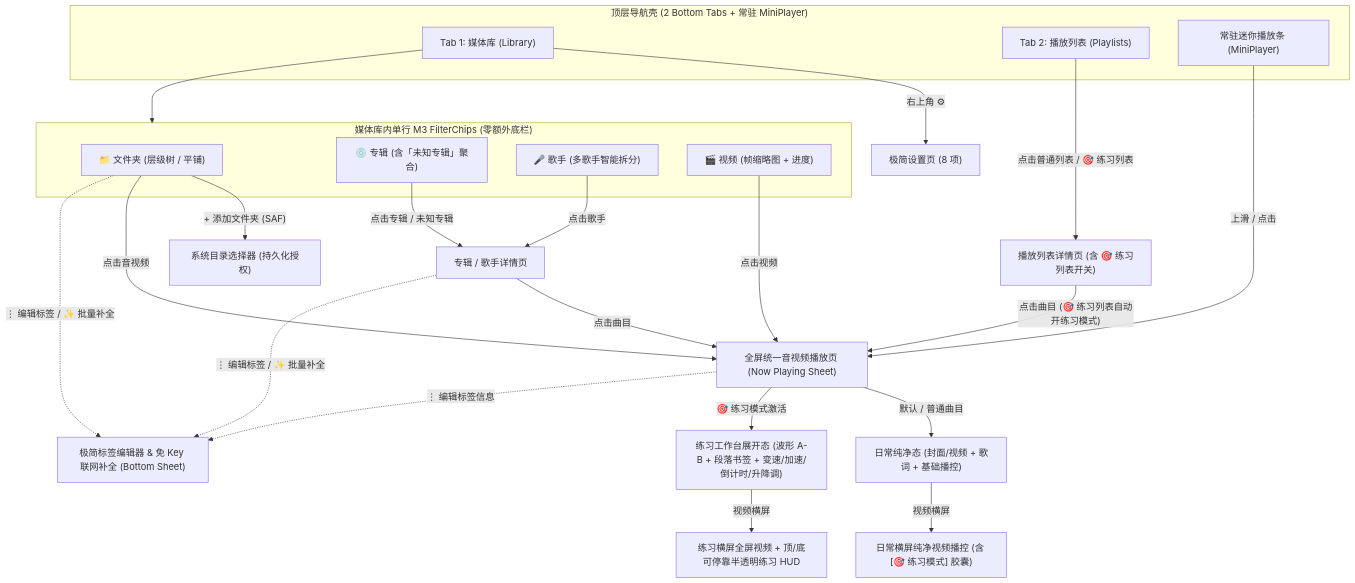
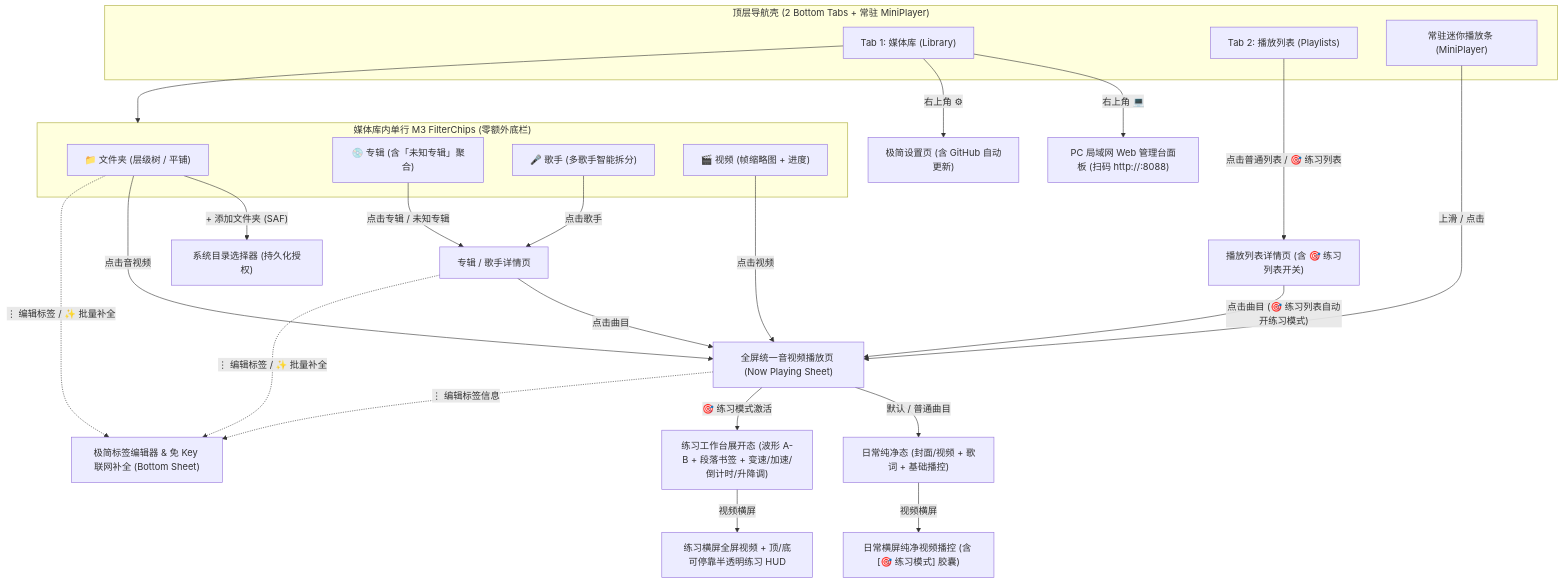
Before and after one commit to codescv/miniplayer: the first of 3 diagrams in DESIGN.md, drawn with Mermaid. The commit also changed other lines of this file and 1 other file, not shown here.

Commit message:
docs: add PC LAN Web Studio and GitHub Auto-Updater specs to DESIGN.md and ARCHITECTURE.md

````diff
--- a/DESIGN.md
+++ b/DESIGN.md
@@ -68,37 +70,38 @@
 ```mermaid
 flowchart TD
     subgraph Shell["顶层导航壳 (2 Bottom Tabs + 常驻 MiniPlayer)"]
         TabLib["Tab 1: 媒体库 (Library)"]
         TabList["Tab 2: 播放列表 (Playlists)"]
         Mini["常驻迷你播放条 (MiniPlayer)"]
     end
 
     subgraph LibViews["媒体库内单行 M3 FilterChips (零额外底栏)"]
         VFolder["📁 文件夹 (层级树 / 平铺)"]
         VAlbum["💿 专辑 (含「未知专辑」聚合)"]
         VArtist["🎤 歌手 (多歌手智能拆分)"]
         VVideo["🎬 视频 (帧缩略图 + 进度)"]
     end
 
     TabLib --> LibViews
     VFolder -- "+ 添加文件夹 (SAF)" --> SAF["系统目录选择器 (持久化授权)"]
     VAlbum -- "点击专辑 / 未知专辑" --> Detail["专辑 / 歌手详情页"]
     VArtist -- "点击歌手" --> Detail
     TabList -- "点击普通列表 / 🎯 练习列表" --> ListDetail["播放列表详情页 (含 🎯 练习列表开关)"]
 
     VFolder -- "点击音视频" --> Player["全屏统一音视频播放页 (Now Playing Sheet)"]
     VVideo -- "点击视频" --> Player
     Detail -- "点击曲目" --> Player
     ListDetail -- "点击曲目 (🎯 练习列表自动开练习模式)" --> Player
     Mini -- "上滑 / 点击" --> Player
 
     Player -- "默认 / 普通曲目" --> Casual["日常纯净态 (封面/视频 + 歌词 + 基础播控)"]
     Player -- "🎯 练习模式激活" --> Practice["练习工作台展开态 (波形 A-B + 段落书签 + 变速/加速/倒计时/升降调)"]
     Casual -- "视频横屏" --> CasualLand["日常横屏纯净视频播控 (含 [🎯 练习模式] 胶囊)"]
     Practice -- "视频横屏" --> Landscape["练习横屏全屏视频 + 顶/底可停靠半透明练习 HUD"]
 
     VFolder -. "⋮ 编辑标签 / ✨ 批量补全" .-> MetaSheet["极简标签编辑器 & 免 Key 联网补全 (Bottom Sheet)"]
     Detail -. "⋮ 编辑标签 / ✨ 批量补全" .-> MetaSheet
     Player -. "⋮ 编辑标签信息" .-> MetaSheet
-    TabLib -- "右上角 ⚙" --> Settings["极简设置页 (8 项)"]
+    TabLib -- "右上角 💻" --> LanSheet["PC 局域网 Web 管理台面板 (扫码 http://<IP>:8088)"]
+    TabLib -- "右上角 ⚙" --> Settings["极简设置页 (含 GitHub 自动更新)"]
 ```
````
